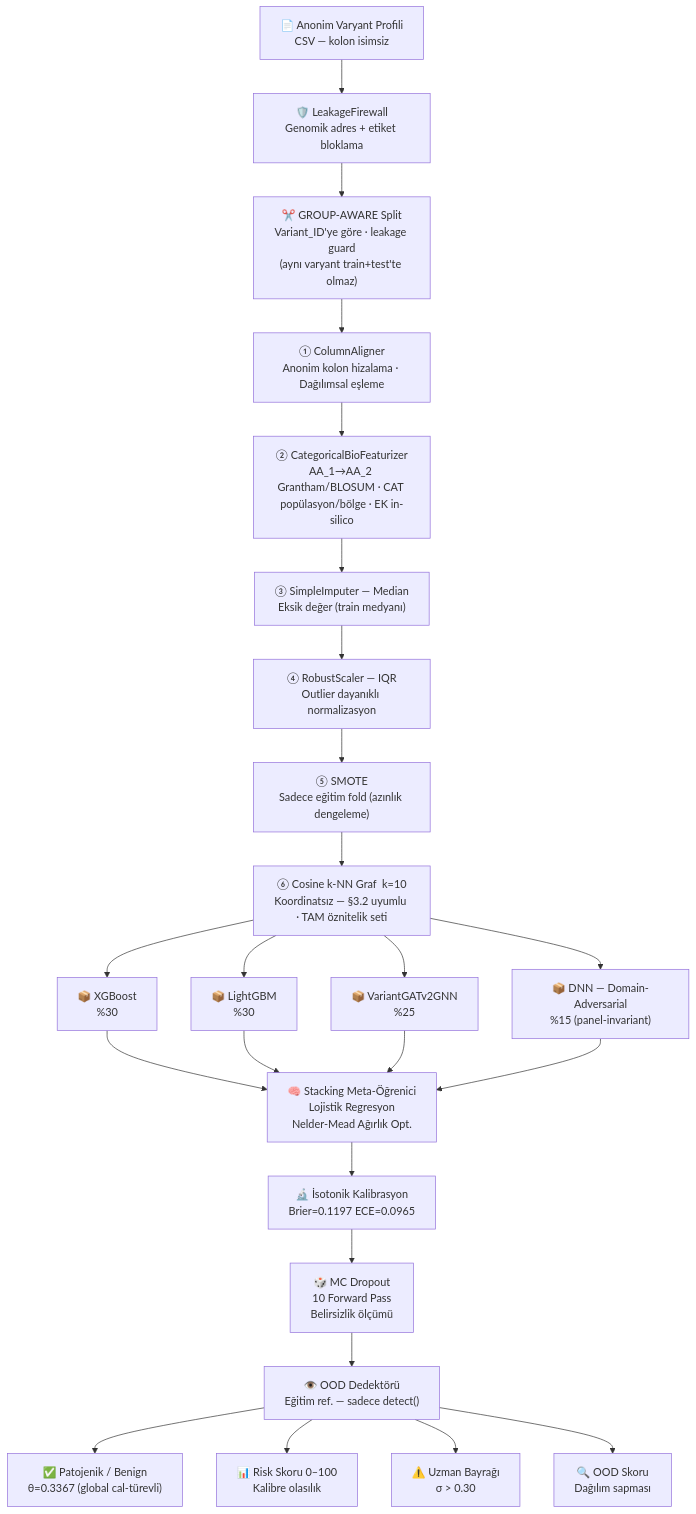
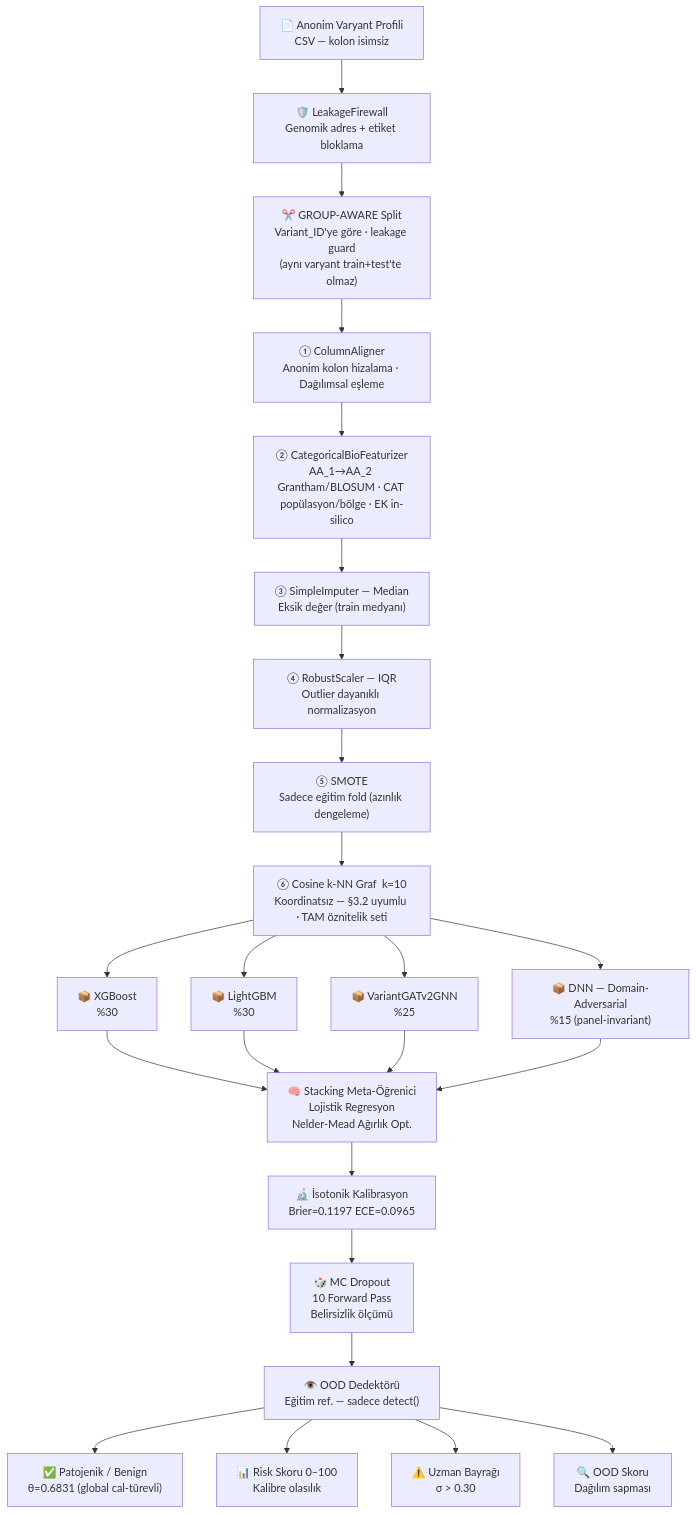
Before and after one commit to msgxr/VARIANT-GNN: the first of 16 diagrams in README.md, drawn with Mermaid. The commit also changed other lines of this file and 16 other files, not shown here.

````diff
--- a/README.md
+++ b/README.md
@@ -131,33 +133,33 @@
 ```mermaid
 flowchart TD
     A["📄 Anonim Varyant Profili\nCSV — kolon isimsiz"]
 
     A --> LFW["🛡️ LeakageFirewall\nGenomik adres + etiket bloklama"]
 
     LFW --> SPLIT["✂️ GROUP-AWARE Split\nVariant_ID'ye göre · leakage guard\n(aynı varyant train+test'te olmaz)"]
     SPLIT --> P1["① ColumnAligner\nAnonim kolon hizalama · Dağılımsal eşleme"]
     P1  --> P2["② CategoricalBioFeaturizer\nAA_1→AA_2 Grantham/BLOSUM · CAT popülasyon/bölge · EK in-silico"]
     P2  --> P3["③ SimpleImputer — Median\nEksik değer (train medyanı)"]
     P3  --> P4["④ RobustScaler — IQR\nOutlier dayanıklı normalizasyon"]
     P4  --> P6["⑤ SMOTE\nSadece eğitim fold (azınlık dengeleme)"]
     P6  --> P9["⑥ Cosine k-NN Graf  k=10\nKoordinatsız — §3.2 uyumlu · TAM öznitelik seti"]
 
     P9 --> M1["📦 XGBoost\n%30"]
     P9 --> M2["📦 LightGBM\n%30"]
     P9 --> M3["📦 VariantGATv2GNN\n%25"]
     P9 --> M4["📦 DNN — Domain-Adversarial\n%15 (panel-invariant)"]
 
     M1 --> ST["🧠 Stacking Meta-Öğrenici\nLojistik Regresyon\nNelder-Mead Ağırlık Opt."]
     M2 --> ST
     M3 --> ST
     M4 --> ST
 
     ST --> ISO["🔬 İsotonik Kalibrasyon\nBrier=0.1197  ECE=0.0965"]
     ISO --> MCD["🎲 MC Dropout\n10 Forward Pass\nBelirsizlik ölçümü"]
     MCD --> OOD["👁️ OOD Dedektörü\nEğitim ref. — sadece detect()"]
 
-    OOD --> O1["✅ Patojenik / Benign\nθ=0.3367 (global cal-türevli)"]
+    OOD --> O1["✅ Patojenik / Benign\nθ=0.6831 (global cal-türevli)"]
     OOD --> O2["📊 Risk Skoru 0–100\nKalibre olasılık"]
     OOD --> O3["⚠️ Uzman Bayrağı\nσ > 0.30"]
     OOD --> O4["🔍 OOD Skoru\nDağılım sapması"]
 ```
````
